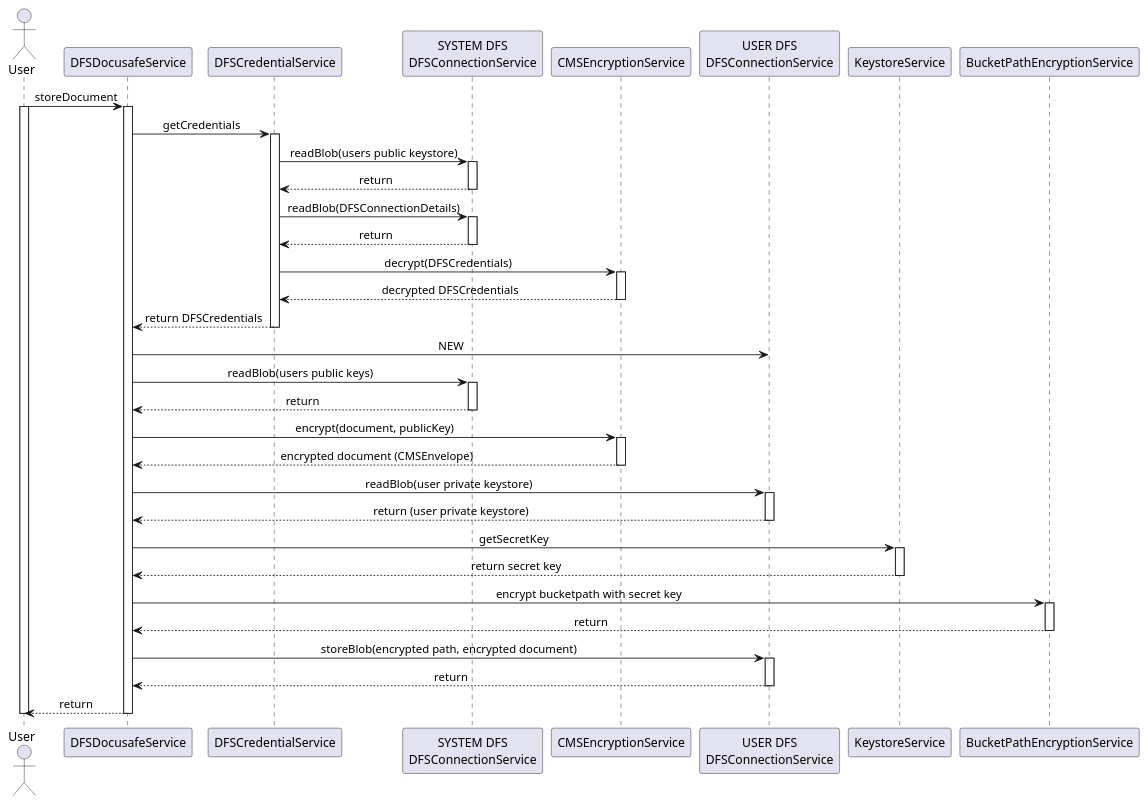
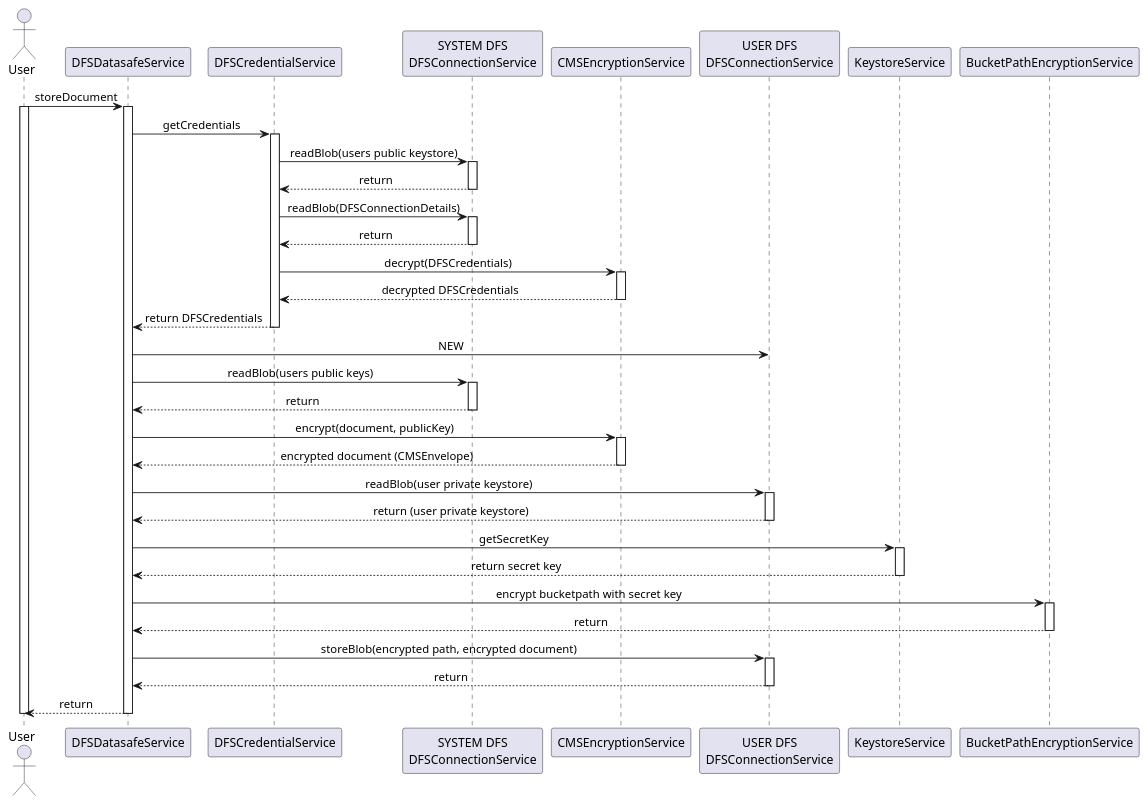
The diagram in docs/diagrams/store_file.puml (adorsys/datasafe), drawn with PlantUML before and after one commit. The commit also changed 59 other files, not shown here.

```diff
--- a/docs/diagrams/store_file.puml
+++ b/docs/diagrams/store_file.puml
@@ -1,53 +1,53 @@
 @startuml
 skinparam SequenceMessageAlign center
 
 actor User
 
-User -> DFSDocusafeService : storeDocument
+User -> DFSDatasafeService : storeDocument
 activate User
-activate DFSDocusafeService
-DFSDocusafeService -> DFSCredentialService : getCredentials
+activate DFSDatasafeService
+DFSDatasafeService -> DFSCredentialService : getCredentials
 activate DFSCredentialService
 DFSCredentialService -> "SYSTEM DFS\nDFSConnectionService" as sysDFS : readBlob(users public keystore)
 activate sysDFS
 sysDFS --> DFSCredentialService : return
 deactivate sysDFS
 DFSCredentialService -> sysDFS : readBlob(DFSConnectionDetails)
 activate sysDFS
 sysDFS --> DFSCredentialService : return
 deactivate sysDFS
 DFSCredentialService -> CMSEncryptionService : decrypt(DFSCredentials)
 activate CMSEncryptionService
 CMSEncryptionService --> DFSCredentialService : decrypted DFSCredentials
 deactivate CMSEncryptionService
-DFSCredentialService --> DFSDocusafeService : return DFSCredentials
+DFSCredentialService --> DFSDatasafeService : return DFSCredentials
 deactivate DFSCredentialService
-DFSDocusafeService -> "USER DFS\nDFSConnectionService" as usrDFS : NEW
-DFSDocusafeService -> sysDFS : readBlob(users public keys)
+DFSDatasafeService -> "USER DFS\nDFSConnectionService" as usrDFS : NEW
+DFSDatasafeService -> sysDFS : readBlob(users public keys)
 activate sysDFS
-sysDFS --> DFSDocusafeService : return 
+sysDFS --> DFSDatasafeService : return
 deactivate sysDFS
-DFSDocusafeService -> CMSEncryptionService : encrypt(document, publicKey)
+DFSDatasafeService -> CMSEncryptionService : encrypt(document, publicKey)
 activate CMSEncryptionService
-CMSEncryptionService --> DFSDocusafeService : encrypted document (CMSEnvelope)
+CMSEncryptionService --> DFSDatasafeService : encrypted document (CMSEnvelope)
 deactivate CMSEncryptionService
-DFSDocusafeService -> usrDFS : readBlob(user private keystore)
+DFSDatasafeService -> usrDFS : readBlob(user private keystore)
 activate usrDFS
-usrDFS --> DFSDocusafeService : return (user private keystore)
+usrDFS --> DFSDatasafeService : return (user private keystore)
 deactivate usrDFS
-DFSDocusafeService -> KeystoreService : getSecretKey
+DFSDatasafeService -> KeystoreService : getSecretKey
 activate KeystoreService
-KeystoreService --> DFSDocusafeService : return secret key
+KeystoreService --> DFSDatasafeService : return secret key
 deactivate KeystoreService
-DFSDocusafeService -> BucketPathEncryptionService : encrypt bucketpath with secret key
+DFSDatasafeService -> BucketPathEncryptionService : encrypt bucketpath with secret key
 activate BucketPathEncryptionService
-BucketPathEncryptionService --> DFSDocusafeService : return 
+BucketPathEncryptionService --> DFSDatasafeService : return
 deactivate BucketPathEncryptionService
-DFSDocusafeService -> usrDFS : storeBlob(encrypted path, encrypted document)
+DFSDatasafeService -> usrDFS : storeBlob(encrypted path, encrypted document)
 activate usrDFS
-usrDFS --> DFSDocusafeService : return
+usrDFS --> DFSDatasafeService : return
 deactivate usrDFS
-DFSDocusafeService --> User : return
-deactivate DFSDocusafeService
+DFSDatasafeService --> User : return
+deactivate DFSDatasafeService
 deactivate User
 @enduml
```
